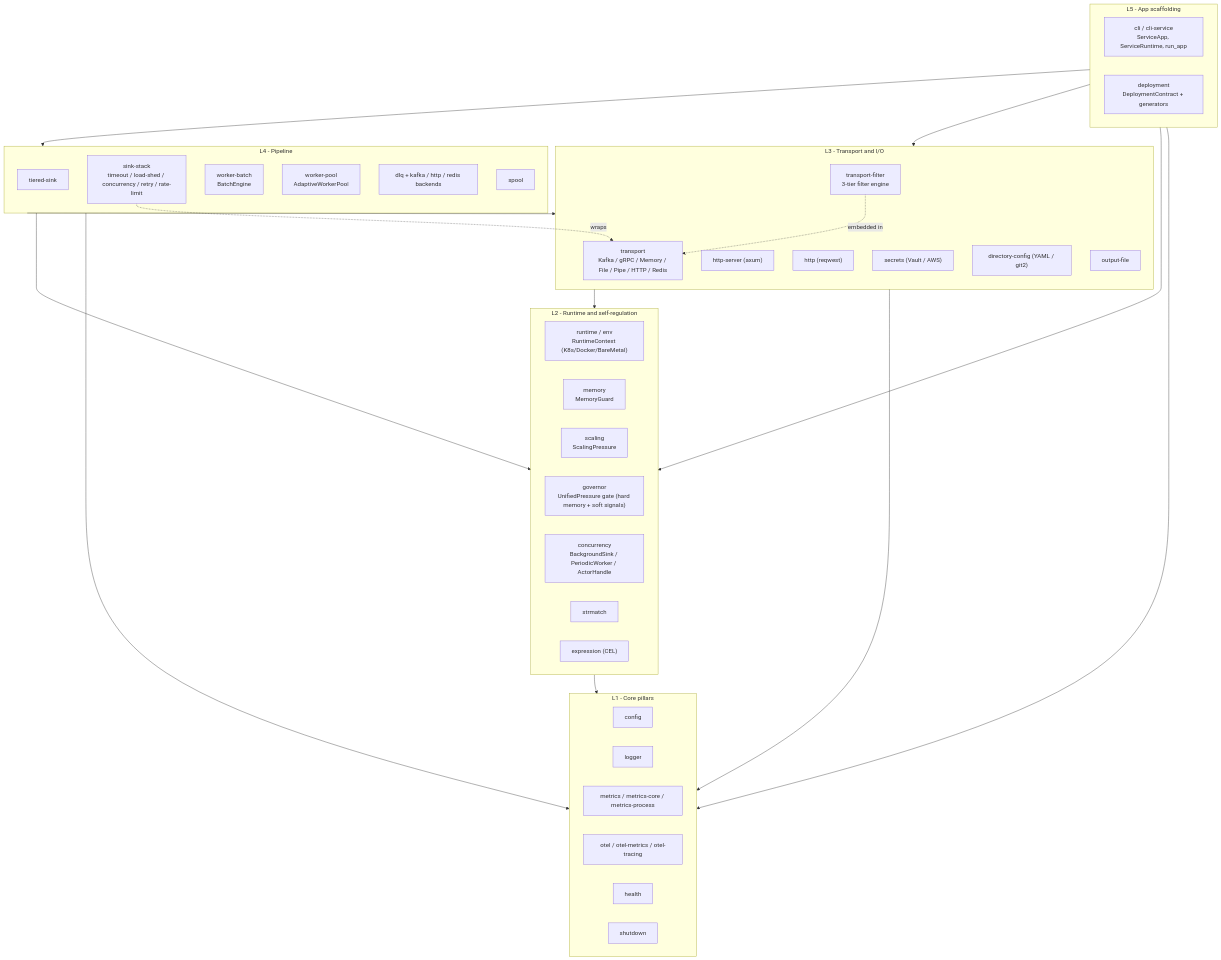
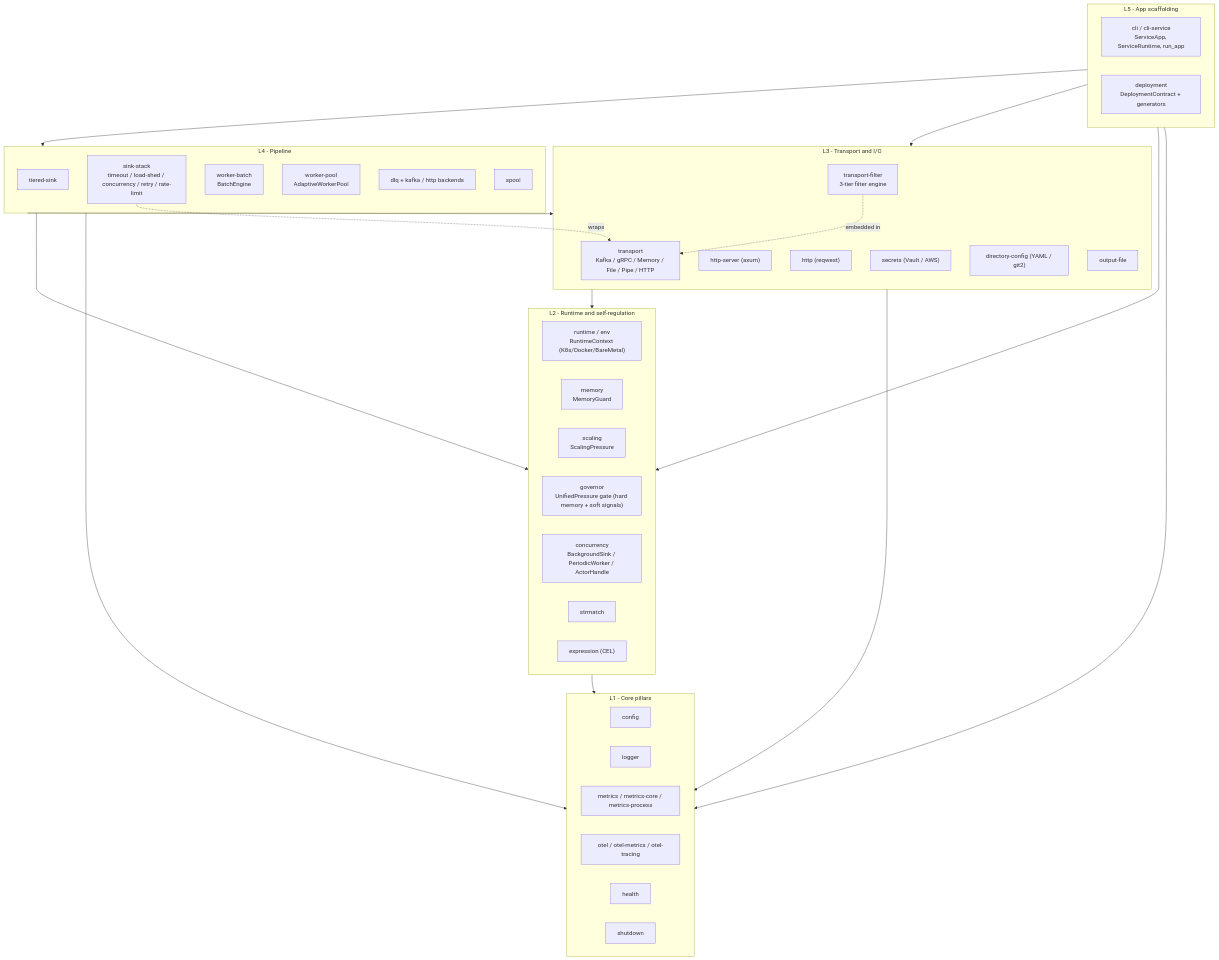
One commit to hyperi-io/scalo-rs changed the diagram in docs/architecture.md. Above: the diagram before and after it, drawn with Mermaid. The commit also changed other lines of this file and 38 other files, not shown here.

First line of the commit message:
fix: remove the Redis transport and DLQ backend (#179)

````diff
--- a/docs/architecture.md
+++ b/docs/architecture.md
@@ -7,58 +7,58 @@
 ```mermaid
 flowchart TB
     subgraph L5["L5 - App scaffolding"]
         CLI["cli / cli-service<br/>ServiceApp, ServiceRuntime, run_app"]
         DEP["deployment<br/>DeploymentContract + generators"]
     end
 
     subgraph L4["L4 - Pipeline"]
         TS["tiered-sink"]
         SK["sink-stack<br/>timeout / load-shed / concurrency / retry / rate-limit"]
         BE["worker-batch<br/>BatchEngine"]
         WP["worker-pool<br/>AdaptiveWorkerPool"]
-        DLQ["dlq + kafka / http / redis backends"]
+        DLQ["dlq + kafka / http backends"]
         SPL["spool"]
     end
 
     subgraph L3["L3 - Transport and I/O"]
-        T["transport<br/>Kafka / gRPC / Memory / File / Pipe / HTTP / Redis"]
+        T["transport<br/>Kafka / gRPC / Memory / File / Pipe / HTTP"]
         TF["transport-filter<br/>3-tier filter engine"]
         HS["http-server (axum)"]
         HC["http (reqwest)"]
         SEC["secrets (Vault / AWS)"]
         DC["directory-config (YAML / git2)"]
         OF["output-file"]
     end
 
     subgraph L2["L2 - Runtime and self-regulation"]
         RC["runtime / env<br/>RuntimeContext (K8s/Docker/BareMetal)"]
         MEM["memory<br/>MemoryGuard"]
         SCA["scaling<br/>ScalingPressure"]
         GOV["governor<br/>UnifiedPressure gate (hard memory + soft signals)"]
         CON["concurrency<br/>BackgroundSink / PeriodicWorker / ActorHandle"]
         STR["strmatch"]
         EXP["expression (CEL)"]
     end
 
     subgraph L1["L1 - Core pillars"]
         CFG["config"]
         LOG["logger"]
         MET["metrics / metrics-core / metrics-process"]
         OTEL["otel / otel-metrics / otel-tracing"]
         HLT["health"]
         SHUT["shutdown"]
     end
 
     L5 --> L4
     L5 --> L3
     L5 --> L2
     L5 --> L1
     L4 --> L3
     L4 --> L2
     L4 --> L1
     L3 --> L2
     L3 --> L1
     L2 --> L1
     SK -.->|wraps| T
     TF -.->|embedded in| T
 ```
````
